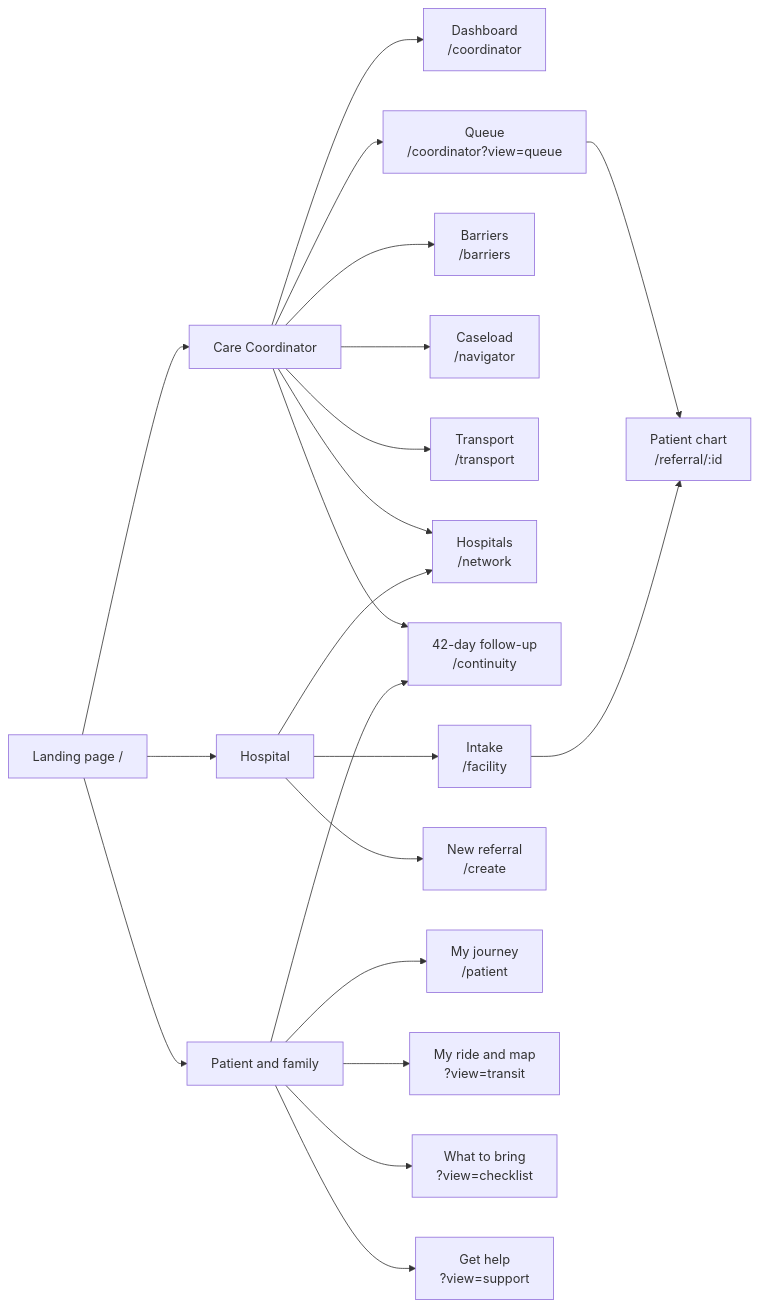
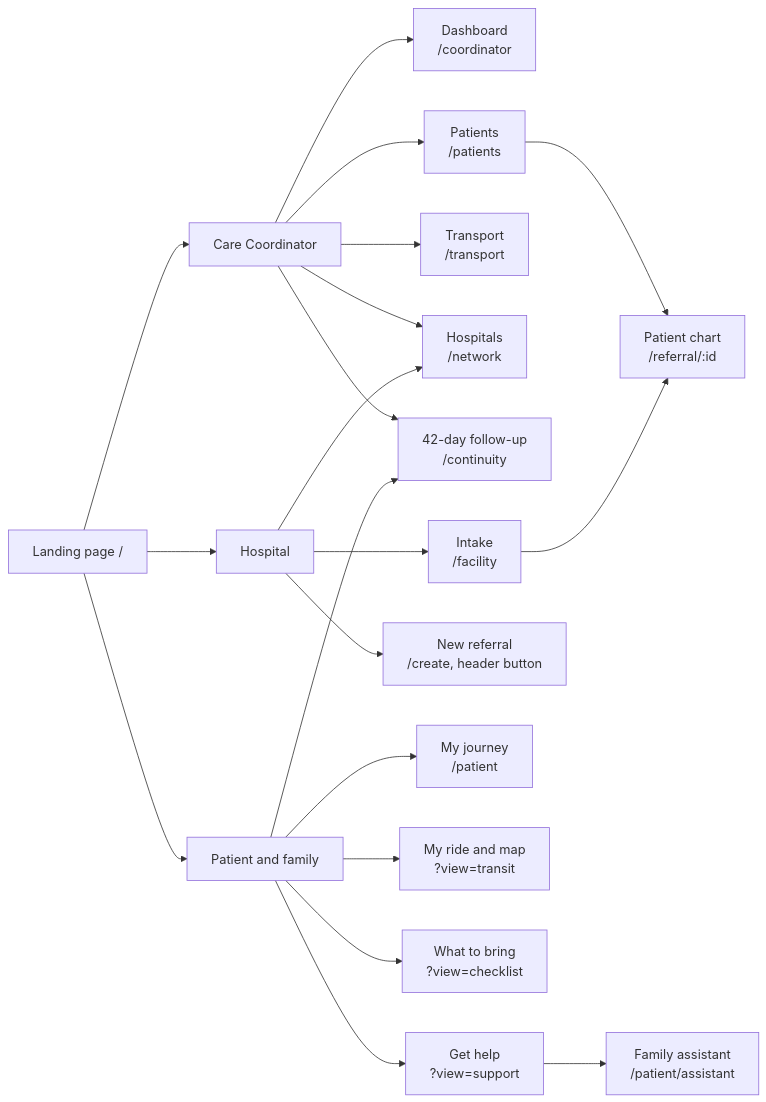
One commit to Shabnam852/health-a-thon changed the diagram in docs/diagrams/02-roles-and-screens.mmd. Above: the diagram before and after it, drawn with Mermaid. The commit also changed 129 other files, not shown here.

First line of the commit message:
feat: add the family voice assistant and staff AI tools

```diff
--- a/docs/diagrams/02-roles-and-screens.mmd
+++ b/docs/diagrams/02-roles-and-screens.mmd
@@ -1,43 +1,41 @@
 flowchart LR
   accTitle: Roles and screens
-  accDescr: From the landing page: Coordinator has Dashboard, Queue, Barriers, Caseload, Transport, Hospitals and 42-day follow-up. Hospital has Intake, Hospitals and New referral. Family has My journey, My ride and map, What to bring, 42-day plan and Get help. Queue and Intake open the patient chart.
+  accDescr: From the landing page: Coordinator has Dashboard, Patients, Transport, Hospitals and 42-day follow-up. Patients has tabs for mothers, newborns, needs transport, no reply yet, blocked and barriers solved. Hospital has Intake and Hospitals, and New referral in the header. Family has My journey, My ride and map, What to bring, 42-day plan and Get help, which opens the family assistant. Patients and Intake open the patient chart.
   Start["Landing page /"]
 
   Start --> C[Care Coordinator]
   Start --> H[Hospital]
   Start --> F[Patient and family]
 
   C --> C1["Dashboard<br/>/coordinator"]
-  C --> C2["Queue<br/>/coordinator?view=queue"]
-  C --> C3["Barriers<br/>/barriers"]
-  C --> C4["Caseload<br/>/navigator"]
-  C --> C5["Transport<br/>/transport"]
-  C --> C6["Hospitals<br/>/network"]
-  C --> C7["42-day follow-up<br/>/continuity"]
+  C --> C2["Patients<br/>/patients"]
+  C --> C3["Transport<br/>/transport"]
+  C --> C4["Hospitals<br/>/network"]
+  C --> C5["42-day follow-up<br/>/continuity"]
 
   H --> H1["Intake<br/>/facility"]
-  H --> C6
-  H --> H2["New referral<br/>/create"]
+  H --> C4
+  H --> H2["New referral<br/>/create, header button"]
 
   F --> F1["My journey<br/>/patient"]
   F --> F2["My ride and map<br/>?view=transit"]
   F --> F3["What to bring<br/>?view=checklist"]
-  F --> C7
+  F --> C5
   F --> F5["Get help<br/>?view=support"]
+  F5 --> F6["Family assistant<br/>/patient/assistant"]
 
   C2 --> R["Patient chart<br/>/referral/:id"]
   H1 --> R
 
   click C1 href "http://localhost:5173/coordinator"
-  click C2 href "http://localhost:5173/coordinator?view=queue"
-  click C3 href "http://localhost:5173/barriers"
-  click C4 href "http://localhost:5173/navigator"
-  click C5 href "http://localhost:5173/transport"
-  click C6 href "http://localhost:5173/network"
-  click C7 href "http://localhost:5173/continuity"
+  click C2 href "http://localhost:5173/patients"
+  click C3 href "http://localhost:5173/transport"
+  click C4 href "http://localhost:5173/network"
+  click C5 href "http://localhost:5173/continuity"
   click H1 href "http://localhost:5173/facility"
   click H2 href "http://localhost:5173/create"
   click F1 href "http://localhost:5173/patient"
   click F2 href "http://localhost:5173/patient?view=transit"
   click F3 href "http://localhost:5173/patient?view=checklist"
   click F5 href "http://localhost:5173/patient?view=support"
+  click F6 href "http://localhost:5173/patient/assistant"
```
